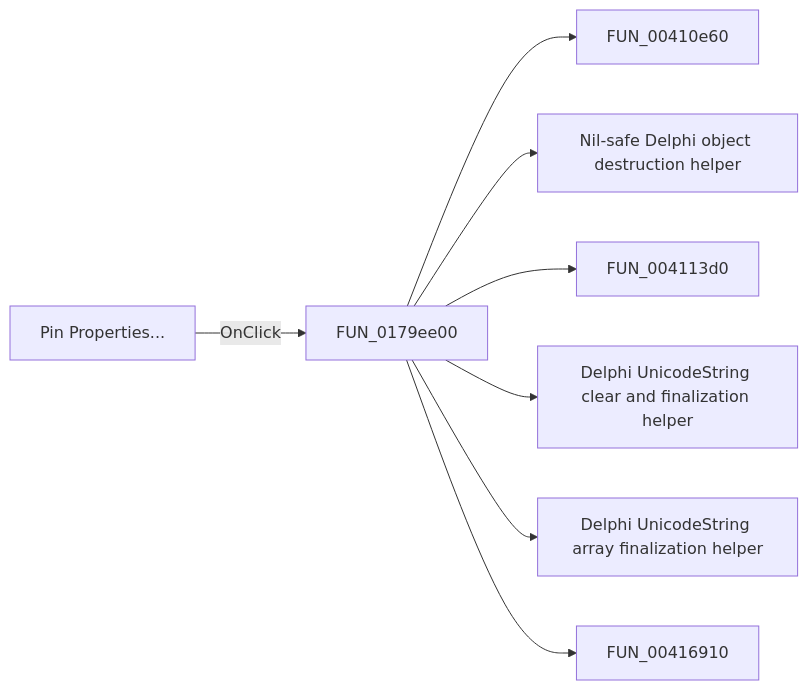
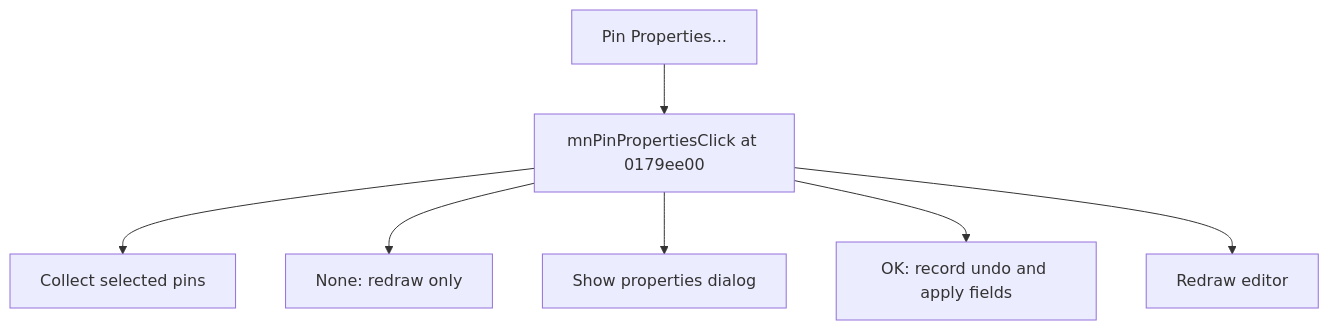
One commit to MovGP0/TIARA changed the diagram in docs/ui-controls/shapeedit/mnpinproperties-5e377d3796.md. Above: the diagram before and after it, drawn with Mermaid. The commit also changed other lines of this file and 1062 other files, not shown here.

````diff
--- a/docs/ui-controls/shapeedit/mnpinproperties-5e377d3796.md
+++ b/docs/ui-controls/shapeedit/mnpinproperties-5e377d3796.md
@@ -27,10 +25,9 @@
 ```mermaid
-flowchart LR
-    control["Pin Properties..."] -->|OnClick| handler["FUN_0179ee00"]
-    handler --> call1["FUN_00410e60"]
-    handler --> call2["Nil-safe Delphi object destruction helper"]
-    handler --> call3["FUN_004113d0"]
-    handler --> call4["Delphi UnicodeString clear and finalization helper"]
-    handler --> call5["Delphi UnicodeString array finalization helper"]
-    handler --> call6["FUN_00416910"]
+flowchart TD
+    control["Pin Properties..."] --> handler["mnPinPropertiesClick at 0179ee00"]
+    handler --> step1["Collect selected pins"]
+    handler --> step2["None: redraw only"]
+    handler --> step3["Show properties dialog"]
+    handler --> step4["OK: record undo and apply fields"]
+    handler --> step5["Redraw editor"]
 ```
````
